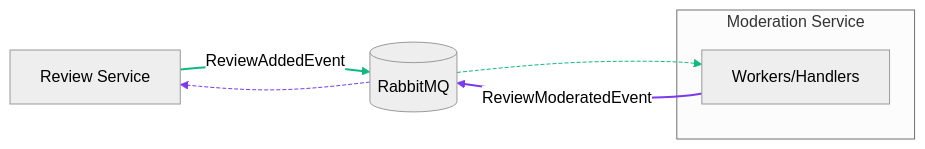
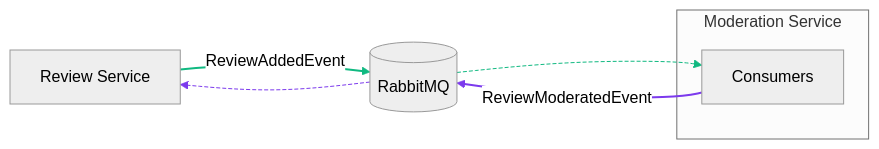
Before and after one commit to bagermoon/otuscode: the first of 2 diagrams in docs/services/ModerationService.md, drawn with Mermaid (neutral theme). The commit also changed 14 other files, not shown here.

````diff
--- a/docs/services/ModerationService.md
+++ b/docs/services/ModerationService.md
@@ -86,26 +86,26 @@
 ```mermaid
 flowchart LR
     %% Входящие события
     RV[Review Service] -- ReviewAddedEvent --> MQ[(RabbitMQ)]
 
     subgraph Moderation_Service[Moderation Service]
-        MS[Workers/Handlers]
+        MS[Consumers]
     end
 
     MQ --> MS
 
     %% Исходящее решение модерации
     MS -- ReviewModeratedEvent --> MQ
     MQ --> RV
     %% Rating reacts indirectly via ReviewApprovedEvent
 
     %% Подсветка стрелок для визуализации семейств событий
     %% 0: RV->MQ (события Review)
     linkStyle 0 stroke:#10b981,stroke-width:2px
     %% 1: MQ->MS (доставка событий Review)
     linkStyle 1 stroke:#10b981,stroke-dasharray:4 2
     %% 2: MS->MQ (события Moderation)
     linkStyle 2 stroke:#7c3aed,stroke-width:2px
     %% 3: MQ->RV (доставка событий Moderation)
     linkStyle 3 stroke:#7c3aed,stroke-dasharray:4 2
 ```
````
